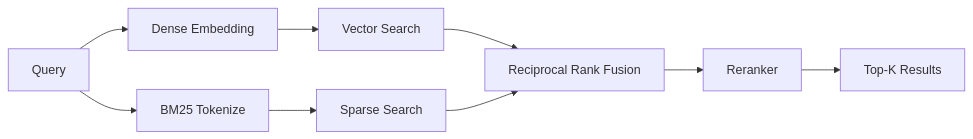
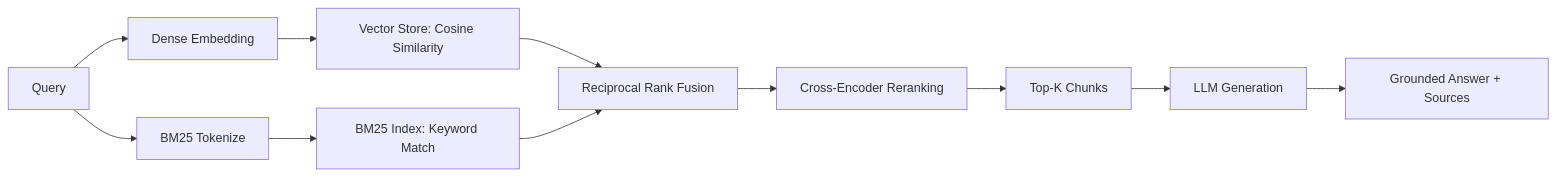
One commit to samsuljahith/RagForge changed the diagram in website/docs/guides/pipeline.md. Above: the diagram before and after it, drawn with Mermaid. The commit also changed other lines of this file and 16 other files, not shown here.

````diff
--- a/website/docs/guides/pipeline.md
+++ b/website/docs/guides/pipeline.md
@@ -37,11 +29,13 @@
 ```mermaid
 flowchart LR
     Q[Query] --> DE[Dense Embedding]
     Q --> BM[BM25 Tokenize]
-    DE --> VS[Vector Search]
-    BM --> SS[Sparse Search]
+    DE --> VS[Vector Store: Cosine Similarity]
+    BM --> SS[BM25 Index: Keyword Match]
     VS --> RRF[Reciprocal Rank Fusion]
     SS --> RRF
-    RRF --> RR[Reranker]
-    RR --> TOP[Top-K Results]
+    RRF --> RR[Cross-Encoder Reranking]
+    RR --> TOP[Top-K Chunks]
+    TOP --> LLM[LLM Generation]
+    LLM --> ANS[Grounded Answer + Sources]
 ```
````
